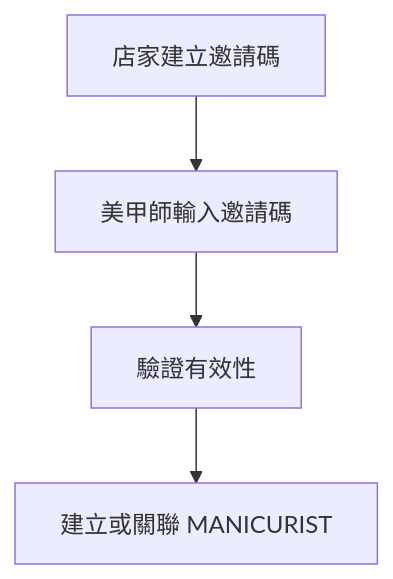
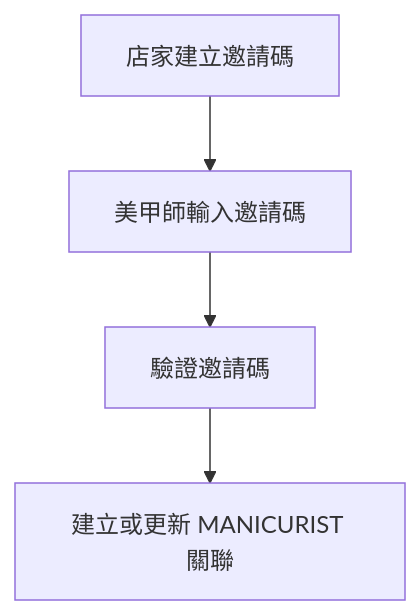
Before and after one commit to azsxdc5595/nail-saas-backend: the third of 3 diagrams in docs/05_UserFlow/Core-Flows.md, drawn with Mermaid. The commit also changed other lines of this file and 9 other files, not shown here.

````diff
--- a/docs/05_UserFlow/Core-Flows.md
+++ b/docs/05_UserFlow/Core-Flows.md
@@ -31,6 +123,11 @@
 ```mermaid
 flowchart TD
-  A[店家建立邀請碼] --> B[美甲師輸入邀請碼]
-  B --> C[驗證有效性]
-  C --> D[建立或關聯 MANICURIST]
+    A[店家建立邀請碼]
+    B[美甲師輸入邀請碼]
+    C[驗證邀請碼]
+    D[建立或更新 MANICURIST 關聯]
+
+    A --> B
+    B --> C
+    C --> D
 ```
````
